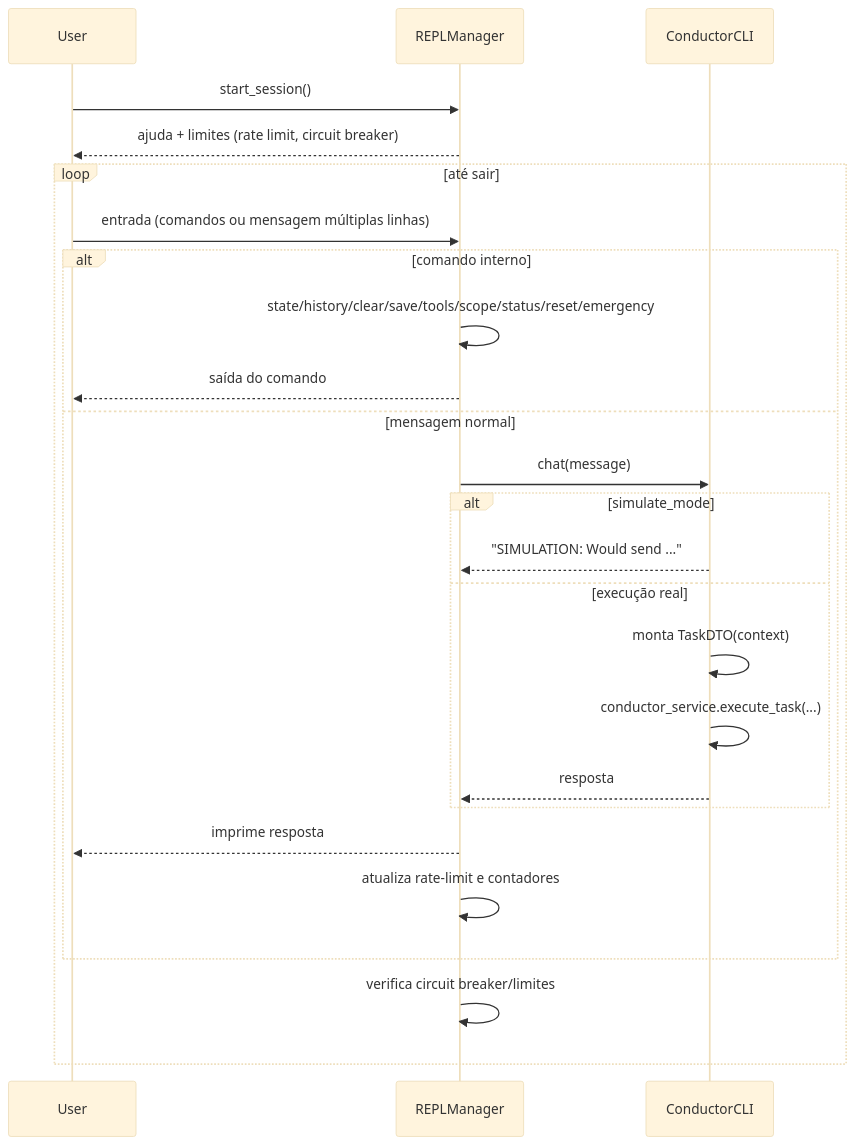
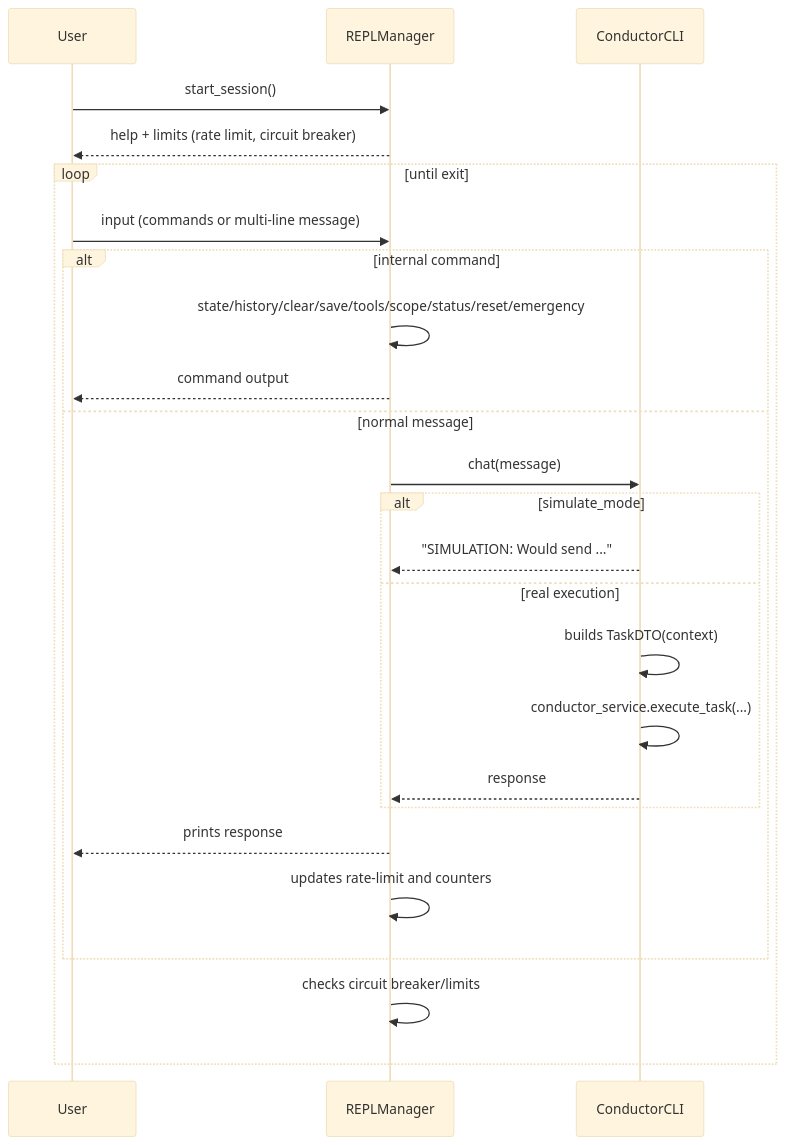
The diagram in docs/architecture/sequence-diagrams/repl-flow.md (primoia/conductor), drawn with Mermaid (base theme) before and after one commit. The commit also changed other lines of this file and 44 other files, not shown here.

````diff
--- a/docs/architecture/sequence-diagrams/repl-flow.md
+++ b/docs/architecture/sequence-diagrams/repl-flow.md
@@ -7,29 +7,29 @@
 ```mermaid
 sequenceDiagram
     participant User
     participant REPL as REPLManager
     participant CLI as ConductorCLI
 
     User->>REPL: start_session()
-    REPL-->>User: ajuda + limites (rate limit, circuit breaker)
+    REPL-->>User: help + limits (rate limit, circuit breaker)
 
-    loop até sair
-        User->>REPL: entrada (comandos ou mensagem múltiplas linhas)
-        alt comando interno
+    loop until exit
+        User->>REPL: input (commands or multi-line message)
+        alt internal command
             REPL->>REPL: state/history/clear/save/tools/scope/status/reset/emergency
-            REPL-->>User: saída do comando
-        else mensagem normal
+            REPL-->>User: command output
+        else normal message
             REPL->>CLI: chat(message)
             alt simulate_mode
                 CLI-->>REPL: "SIMULATION: Would send ..."
-            else execução real
-                CLI->>CLI: monta TaskDTO(context)
+            else real execution
+                CLI->>CLI: builds TaskDTO(context)
                 CLI->>CLI: conductor_service.execute_task(...)
-                CLI-->>REPL: resposta
+                CLI-->>REPL: response
             end
-            REPL-->>User: imprime resposta
-            REPL->>REPL: atualiza rate-limit e contadores
+            REPL-->>User: prints response
+            REPL->>REPL: updates rate-limit and counters
         end
-        REPL->>REPL: verifica circuit breaker/limites
+        REPL->>REPL: checks circuit breaker/limits
     end
 ```
````
